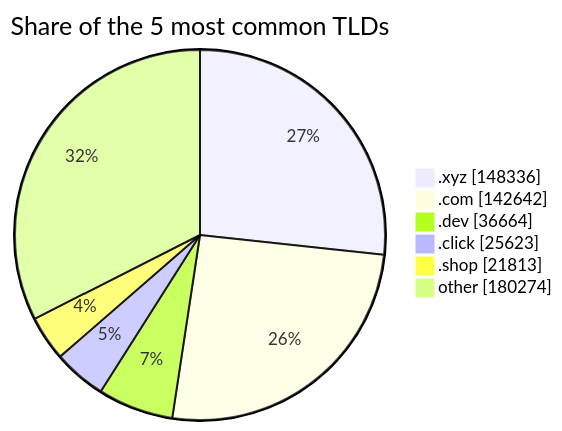
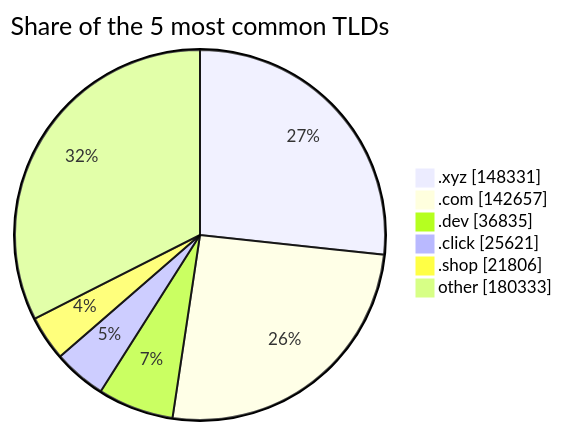
Before and after one commit to DNSBunker/CTI: the third of 3 diagrams in README.md, drawn with Mermaid. The commit also changed other lines of this file and 3 other files, not shown here.

````diff
--- a/README.md
+++ b/README.md
@@ -81,9 +81,9 @@
 ```mermaid
 pie showData title Share of the 5 most common TLDs
-    ".xyz" : 148336
-    ".com" : 142642
-    ".dev" : 36664
-    ".click" : 25623
-    ".shop" : 21813
-    "other" : 180274
+    ".xyz" : 148331
+    ".com" : 142657
+    ".dev" : 36835
+    ".click" : 25621
+    ".shop" : 21806
+    "other" : 180333
 ```
````
